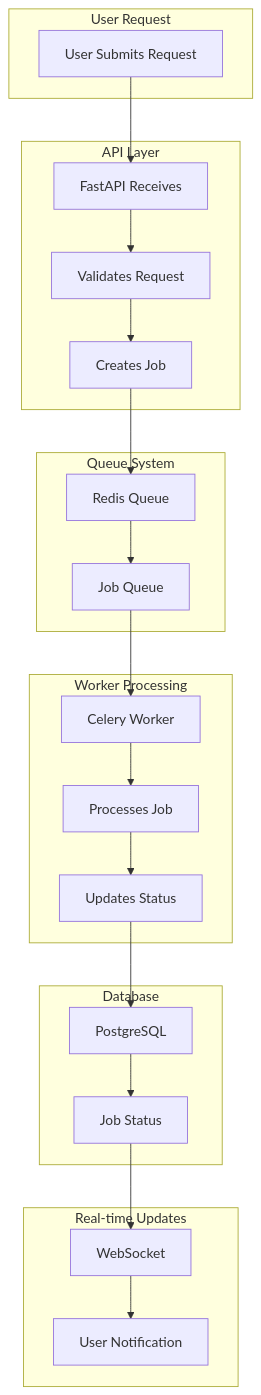
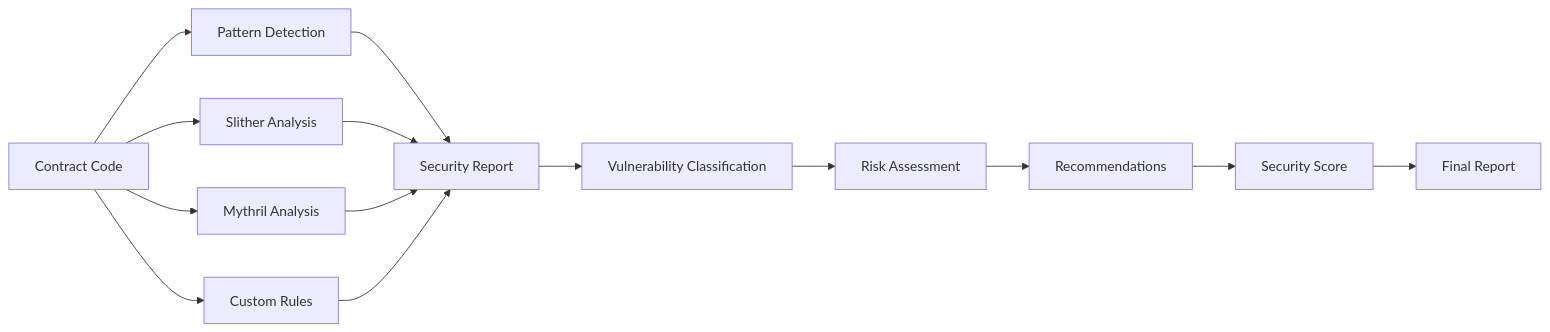
The ninth of 13 diagrams in hyperkit-agent/docs/ARCHITECTURE_DIAGRAMS.md (JustineDevs/Hyperkit-Agent), drawn with Mermaid before and after one commit. The commit also changed other lines of this file and 118 other files, not shown here.

````diff
--- a/hyperkit-agent/docs/ARCHITECTURE_DIAGRAMS.md
+++ b/hyperkit-agent/docs/ARCHITECTURE_DIAGRAMS.md
@@ -380,46 +277,18 @@
 ```mermaid
-graph TB
-    subgraph "User Request"
-        A[User Submits Request]
-    end
+flowchart LR
+    A[Contract Code] --> B[Pattern Detection]
+    A --> C[Slither Analysis]
+    A --> D[Mythril Analysis]
+    A --> E[Custom Rules]
     
-    subgraph "API Layer"
-        B[FastAPI Receives]
-        C[Validates Request]
-        D[Creates Job]
-    end
+    B --> F[Security Report]
+    C --> F
+    D --> F
+    E --> F
     
-    subgraph "Queue System"
-        E[Redis Queue]
-        F[Job Queue]
-    end
-    
-    subgraph "Worker Processing"
-        G[Celery Worker]
-        H[Processes Job]
-        I[Updates Status]
-    end
-    
-    subgraph "Database"
-        J[PostgreSQL]
-        K[Job Status]
-    end
-    
-    subgraph "Real-time Updates"
-        L[WebSocket]
-        M[User Notification]
-    end
-    
-    A --> B
-    B --> C
-    C --> D
-    D --> E
-    E --> F
-    F --> G
-    G --> H
-    H --> I
-    I --> J
-    J --> K
-    K --> L
-    L --> M
+    F --> G[Vulnerability Classification]
+    G --> H[Risk Assessment]
+    H --> I[Recommendations]
+    I --> J[Security Score]
+    J --> K[Final Report]
 ```
````
